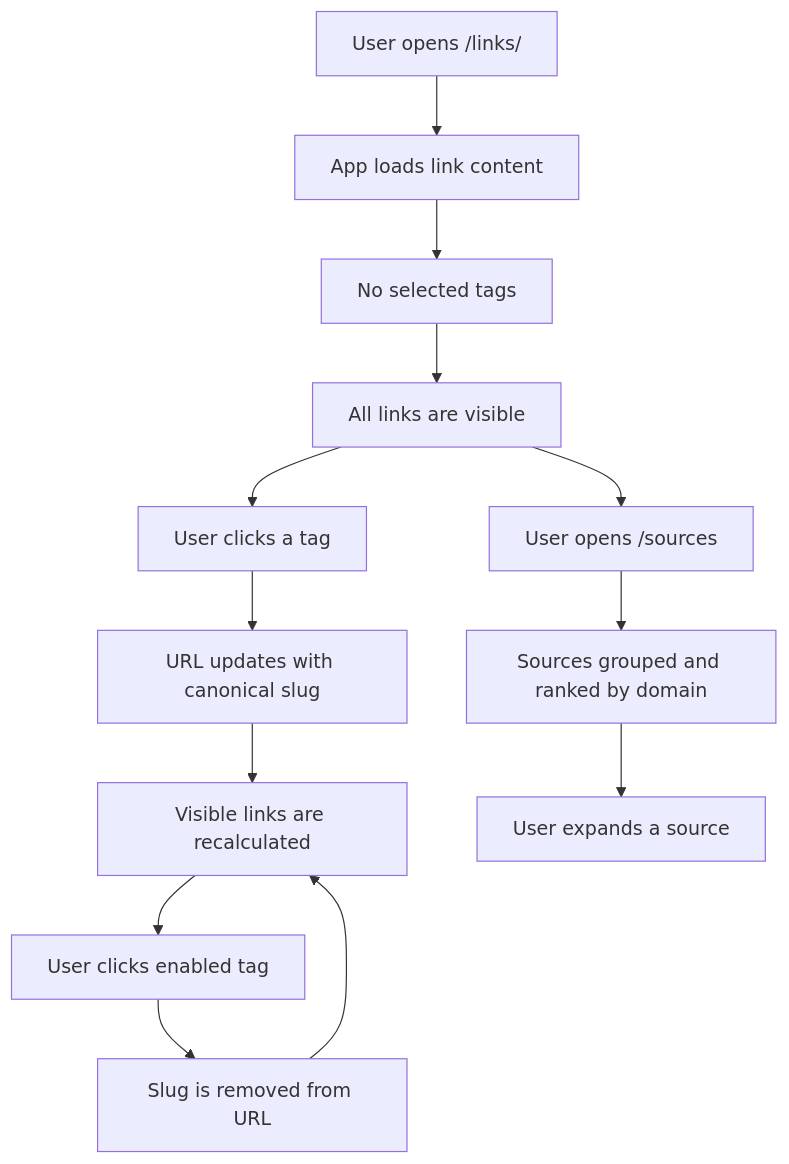
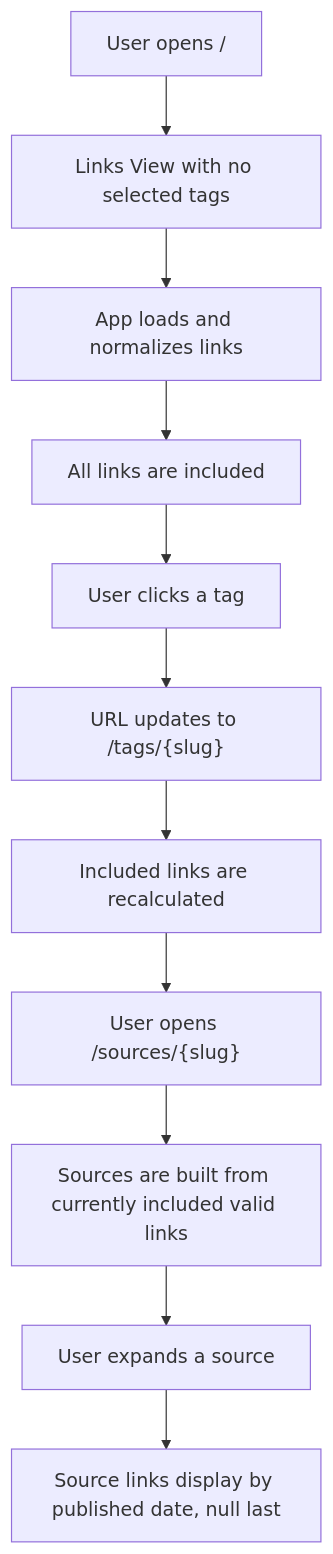
Before and after one commit to johnpfeiffer/links-app: the second of 2 diagrams in SPEC/implementation-plan.md, drawn with Mermaid. The commit also changed other lines of this file and 9 other files, not shown here.

````diff
--- a/SPEC/implementation-plan.md
+++ b/SPEC/implementation-plan.md
@@ -57,15 +59,13 @@
 ```mermaid
 flowchart TD
-  A["User opens /links/"] --> B["App loads link content"]
-  B --> C["No selected tags"]
-  C --> D["All links are visible"]
+  A["User opens /"] --> B["Links View with no selected tags"]
+  B --> C["App loads and normalizes links"]
+  C --> D["All links are included"]
   D --> E["User clicks a tag"]
-  E --> F["URL updates with canonical slug"]
-  F --> G["Visible links are recalculated"]
-  G --> H["User clicks enabled tag"]
-  H --> I["Slug is removed from URL"]
-  I --> G
-  D --> J["User opens /sources"]
-  J --> K["Sources grouped and ranked by domain"]
-  K --> L["User expands a source"]
+  E --> F["URL updates to /tags/{slug}"]
+  F --> G["Included links are recalculated"]
+  G --> H["User opens /sources/{slug}"]
+  H --> I["Sources are built from currently included valid links"]
+  I --> J["User expands a source"]
+  J --> K["Source links display by published date, null last"]
 ```
````
